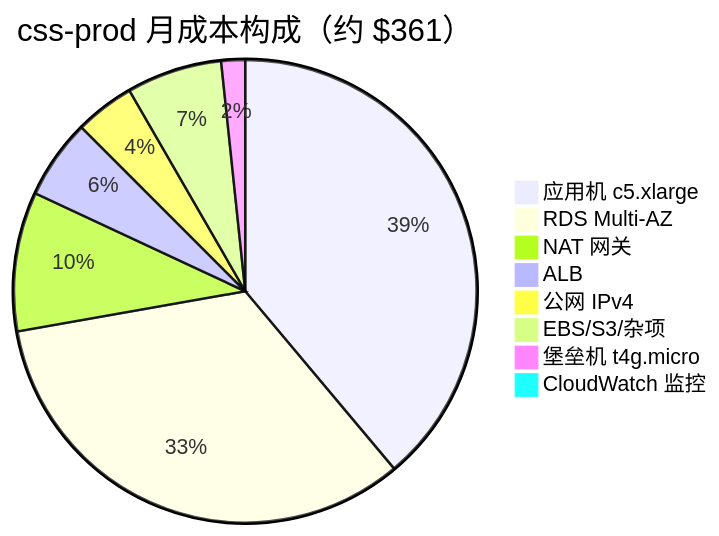
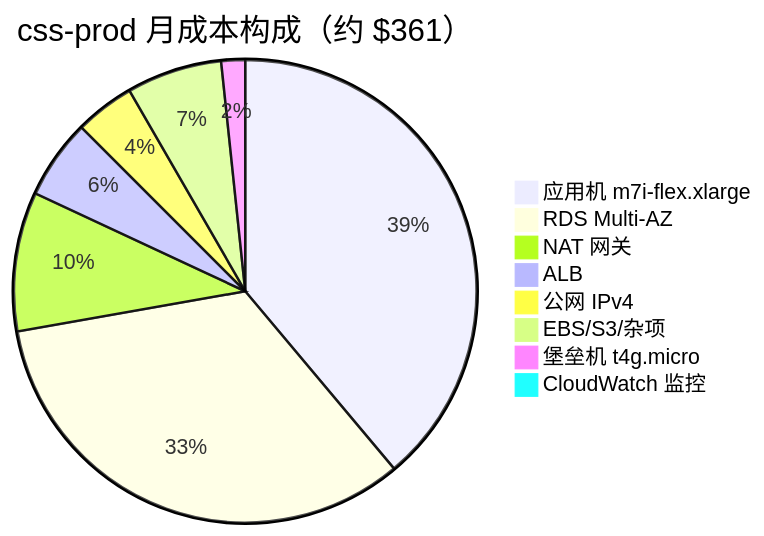
The second of 2 diagrams in docs/环境/成本价格表.md (WenchaoChen1/CSS), drawn with Mermaid before and after one commit. The commit also changed other lines of this file and 9 other files, not shown here.

Commit message:
docs: rename 生产部署 to 云服务搭建部署方案 (path refs updated), prod app spec finalized m7i-flex.xlarge in cost docs

````diff
--- a/docs/环境/成本价格表.md
+++ b/docs/环境/成本价格表.md
@@ -103,11 +103,11 @@
 ```mermaid
 pie title css-prod 月成本构成（约 $361）
-    "应用机 c5.xlarge" : 140
+    "应用机 m7i-flex.xlarge" : 140
     "RDS Multi-AZ" : 120
     "NAT 网关" : 35
     "ALB" : 20
     "公网 IPv4" : 15
     "EBS/S3/杂项" : 24
     "堡垒机 t4g.micro" : 6
     "CloudWatch 监控" : 1
 ```
````
